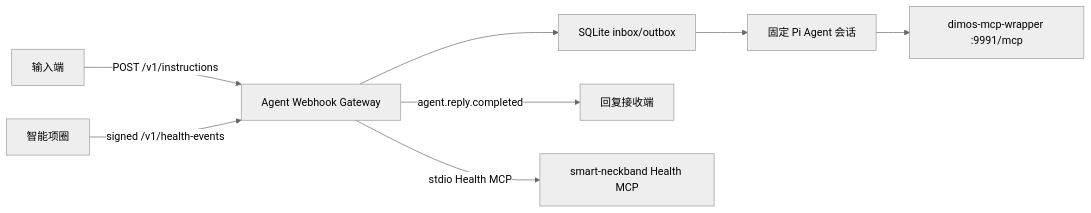
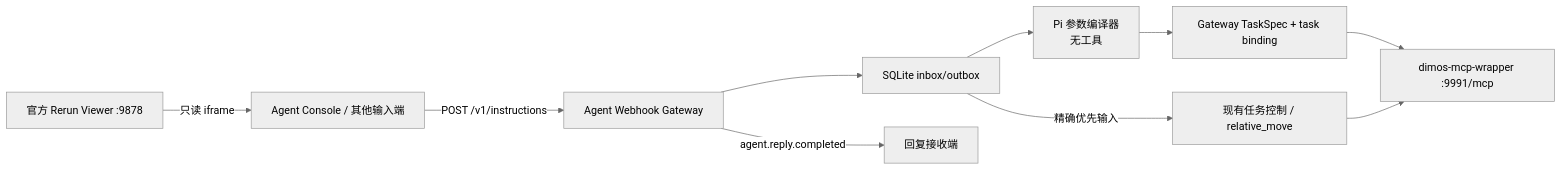
The diagram in components/agent-framework/agent-webhook-gateway/README.md (J9HSON/agent), drawn with Mermaid (neutral theme) before and after one commit. The commit also changed other lines of this file and 87 other files, not shown here.

Commit message:
feat(agent): checkpoint Go2 agent console

````diff
--- a/components/agent-framework/agent-webhook-gateway/README.md
+++ b/components/agent-framework/agent-webhook-gateway/README.md
@@ -5,10 +20,12 @@
 ```mermaid
 flowchart LR
-    I["输入端"] -->|"POST /v1/instructions"| G["Agent Webhook Gateway"]
+    I["Agent Console / 其他输入端"] -->|"POST /v1/instructions"| G["Agent Webhook Gateway"]
+    V["官方 Rerun Viewer :9878"] -->|"只读 iframe"| I
     G --> Q["SQLite inbox/outbox"]
-    Q --> A["固定 Pi Agent 会话"]
-    A --> W["dimos-mcp-wrapper :9991/mcp"]
+    Q --> A["Pi 参数编译器<br/>无工具"]
+    A --> T["Gateway TaskSpec + task binding"]
+    T --> W["dimos-mcp-wrapper :9991/mcp"]
+    Q -->|"精确优先输入"| P["现有任务控制 / relative_move"]
+    P --> W
     G -->|"agent.reply.completed"| R["回复接收端"]
-    H["智能项圈"] -->|"signed /v1/health-events"| G
-    G -->|"stdio Health MCP"| M["smart-neckband Health MCP"]
 ```
````
